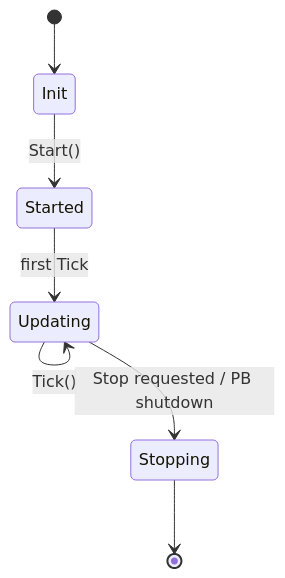
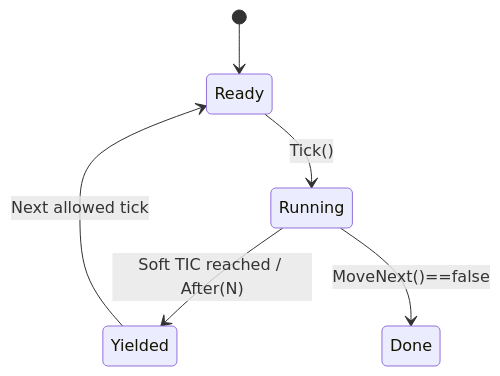
One commit to se-thorbergr/SE-VIOS-DevFramework changed the fifth of 5 diagrams in docs/architecture/VIOS-Architecture.md. Above: the diagram before and after it, drawn with Mermaid. The commit also changed other lines of this file and 4 other files, not shown here.

Commit message:
add submodules and doc validation, updated architecture

````diff
--- a/docs/architecture/VIOS-Architecture.md
+++ b/docs/architecture/VIOS-Architecture.md
@@ -493,9 +549,8 @@
 ```mermaid
 stateDiagram-v2
-  [*] --> Init
-  Init --> Started: Start()
-  Started --> Updating: first Tick
-  Updating --> Updating: Tick()
-  Updating --> Stopping: Stop requested / PB shutdown
-  Stopping --> [*]
+  [*] --> Ready
+  Ready --> Running: Tick()
+  Running --> Yielded: Soft TIC reached / After(N)
+  Yielded --> Ready: Next allowed tick
+  Running --> Done: MoveNext()==false
 ```
````
